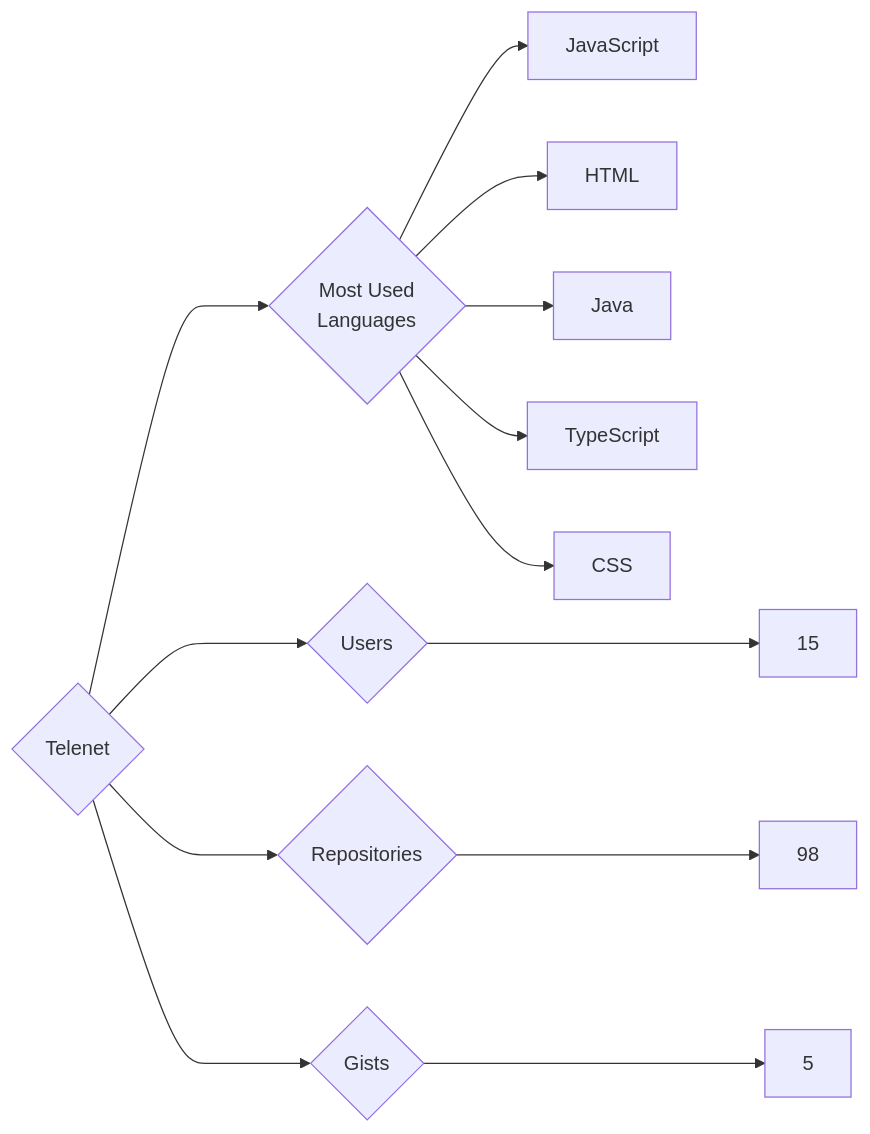
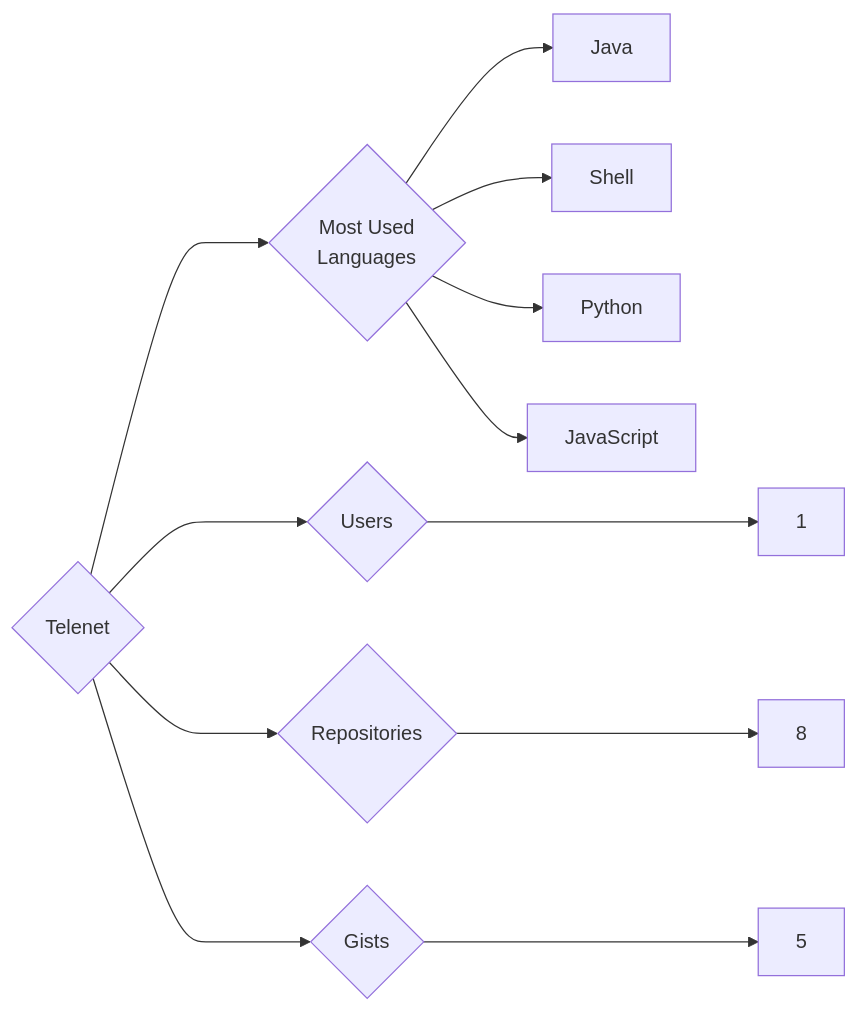
The diagram in targets/Telenet/README.md (trickest/insiders), drawn with Mermaid before and after one commit. The commit also changed 823 other files, not shown here.

````diff
--- a/targets/Telenet/README.md
+++ b/targets/Telenet/README.md
@@ -3,13 +3,12 @@
 ```mermaid
 graph LR
 COMPANY_NAME{Telenet}
-COMPANY_NAME ---> U{Users} ---> UN[15]
-COMPANY_NAME ---> R{Repositories} ---> RN[98]
+COMPANY_NAME ---> U{Users} ---> UN[1]
+COMPANY_NAME ---> R{Repositories} ---> RN[8]
 COMPANY_NAME ---> G{Gists} ---> GN[5]
 COMPANY_NAME ---> ML{Most Used<br>Languages}
+ML --> Java[Java]
+ML --> Shell[Shell]
+ML --> Python[Python]
 ML --> JavaScript[JavaScript]
-ML --> HTML[HTML]
-ML --> Java[Java]
-ML --> TypeScript[TypeScript]
-ML --> CSS[CSS]
 ```
````
